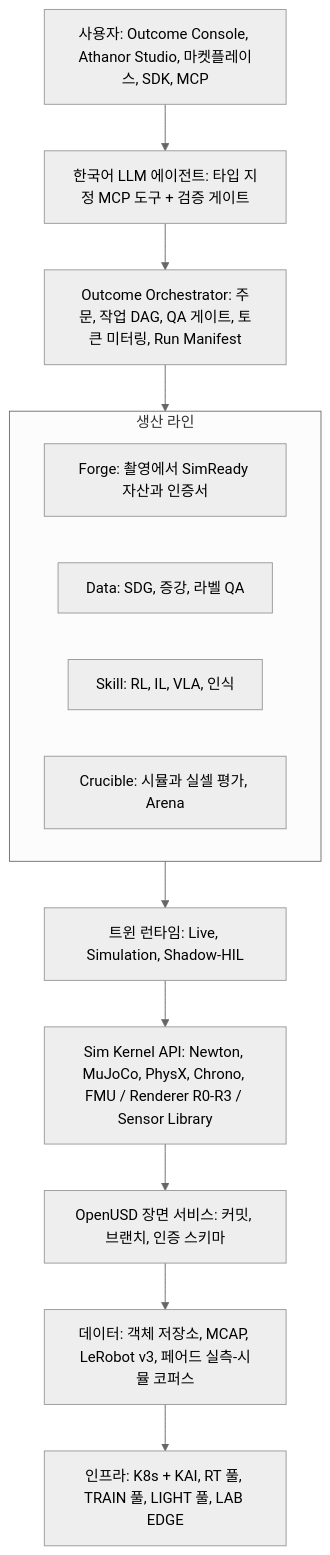
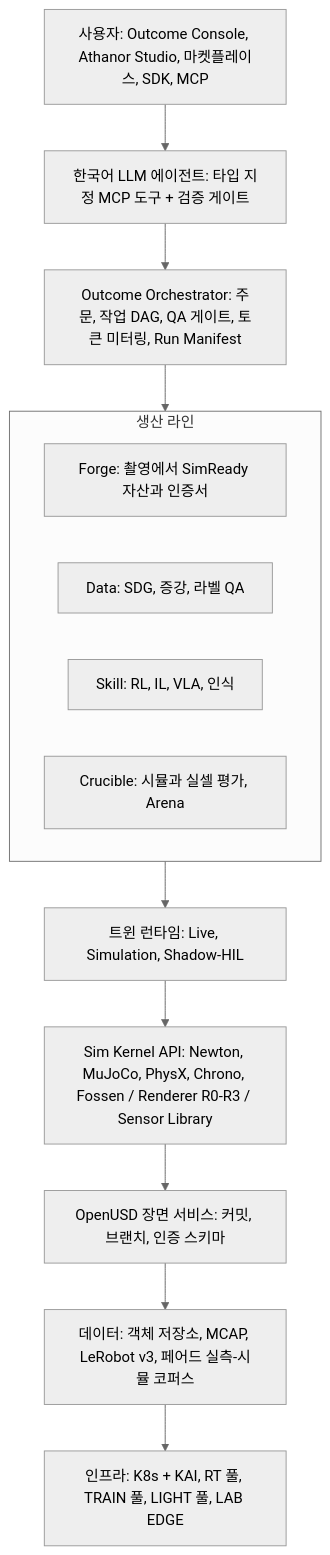
The first of 2 diagrams in docs/digital-twin-platform/README.md (ouremployeeces-ship-it/AIResearch), drawn with Mermaid (neutral theme) before and after one commit. The commit also changed other lines of this file and 14 other files, not shown here.

````diff
--- a/docs/digital-twin-platform/README.md
+++ b/docs/digital-twin-platform/README.md
@@ -76,18 +79,18 @@
 ```mermaid
 flowchart TB
     U["사용자: Outcome Console, Athanor Studio, 마켓플레이스, SDK, MCP"]
     AG["한국어 LLM 에이전트: 타입 지정 MCP 도구 + 검증 게이트"]
     OR["Outcome Orchestrator: 주문, 작업 DAG, QA 게이트, 토큰 미터링, Run Manifest"]
     subgraph LINES["생산 라인"]
         FO["Forge: 촬영에서 SimReady 자산과 인증서"]
         DA["Data: SDG, 증강, 라벨 QA"]
         SK["Skill: RL, IL, VLA, 인식"]
         CR["Crucible: 시뮬과 실셀 평가, Arena"]
     end
     TW["트윈 런타임: Live, Simulation, Shadow-HIL"]
-    KE["Sim Kernel API: Newton, MuJoCo, PhysX, Chrono, FMU / Renderer R0-R3 / Sensor Library"]
+    KE["Sim Kernel API: Newton, MuJoCo, PhysX, Chrono, Fossen / Renderer R0-R3 / Sensor Library"]
     SC["OpenUSD 장면 서비스: 커밋, 브랜치, 인증 스키마"]
     DL["데이터: 객체 저장소, MCAP, LeRobot v3, 페어드 실측-시뮬 코퍼스"]
     IN["인프라: K8s + KAI, RT 풀, TRAIN 풀, LIGHT 풀, LAB EDGE"]
     U --> AG --> OR --> LINES --> TW --> KE --> SC --> DL --> IN
 ```
````
